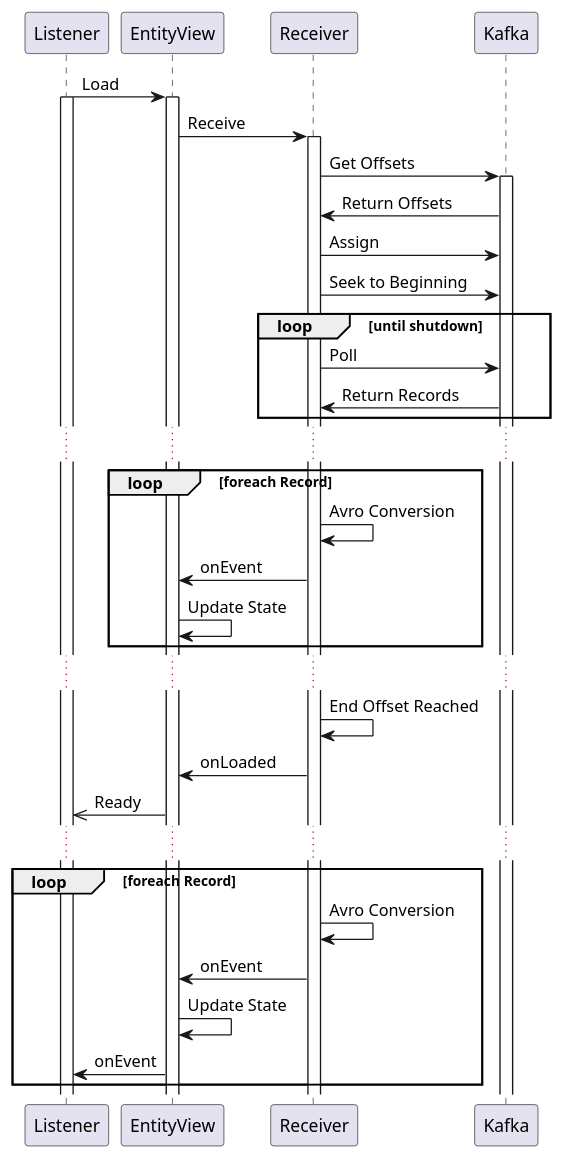
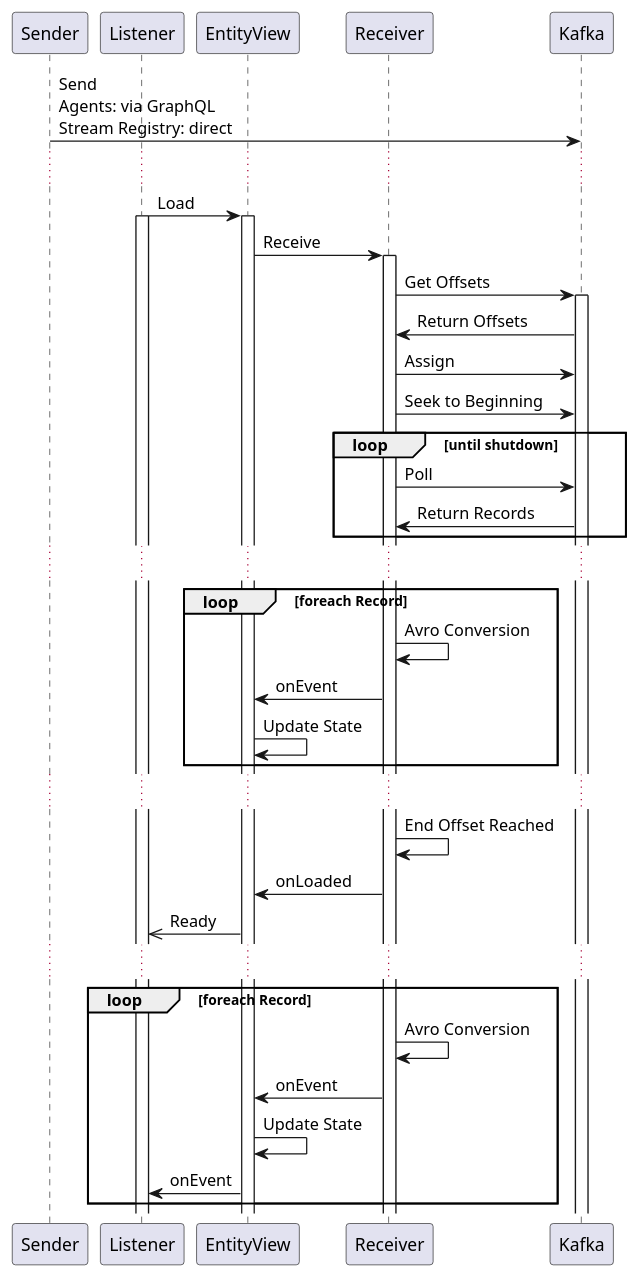
One commit to ExpediaGroup/stream-registry changed the diagram in state/core/src/main/resources/stream-registry-state.puml. Above: the diagram before and after it, drawn with PlantUML.

Commit message:
small puml update

```diff
--- a/state/core/src/main/resources/stream-registry-state.puml
+++ b/state/core/src/main/resources/stream-registry-state.puml
@@ -1,39 +1,48 @@
 @startuml
+
+participant Sender
+participant Listener
+participant EntityView
+participant Receiver
+participant Kafka
+
+Sender -> Kafka : Send\nAgents: via GraphQL\nStream Registry: direct
+...
 
 Listener -> EntityView : Load
 activate Listener
 activate EntityView
 
 EntityView -> Receiver : Receive
 activate Receiver
 
 Receiver -> Kafka : Get Offsets
 activate Kafka
 Receiver <- Kafka : Return Offsets
 
 Receiver -> Kafka : Assign
 Receiver -> Kafka : Seek to Beginning
 
 loop until shutdown
   Receiver -> Kafka : Poll
   Receiver <- Kafka : Return Records
 end
 ...
 loop foreach Record
   Receiver -> Receiver : Avro Conversion
   EntityView <- Receiver : onEvent
   EntityView -> EntityView : Update State
 end
 ...
 Receiver -> Receiver : End Offset Reached
 EntityView <- Receiver : onLoaded
 Listener <<- EntityView : Ready
 ...
 loop foreach Record
   Receiver -> Receiver : Avro Conversion
   EntityView <- Receiver : onEvent
   EntityView -> EntityView : Update State
   Listener <- EntityView : onEvent
 end
 
 @enduml
```
